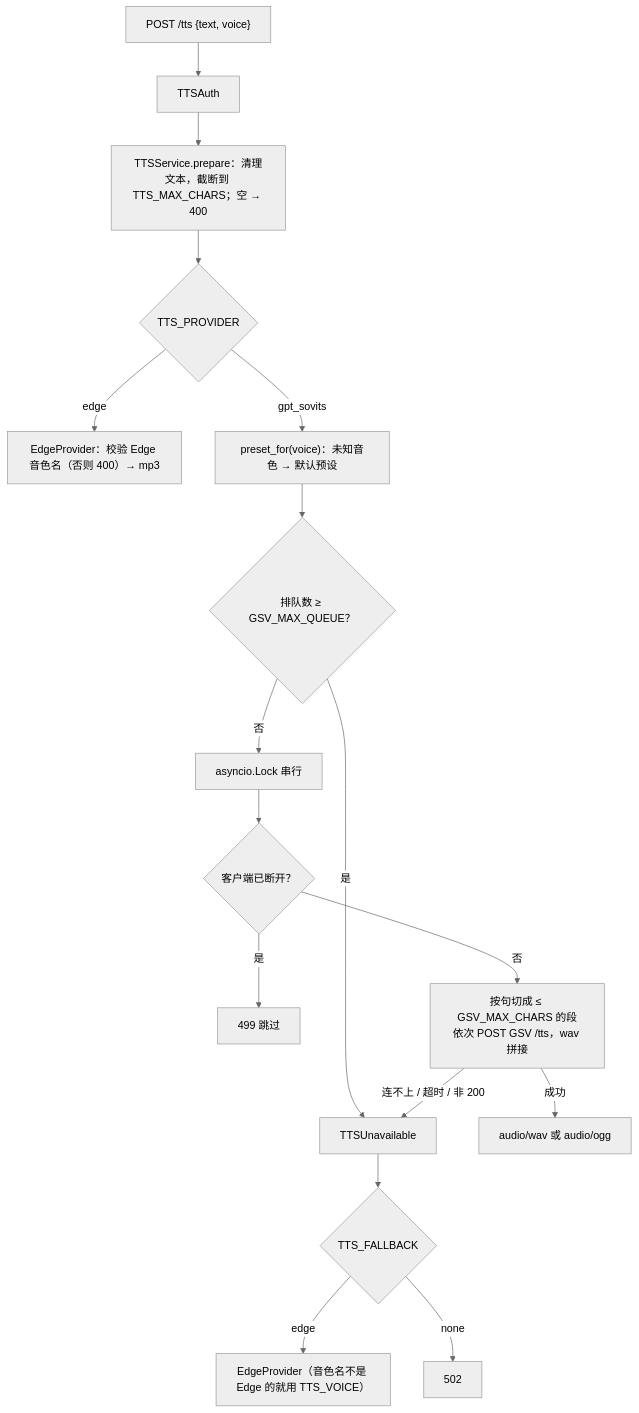
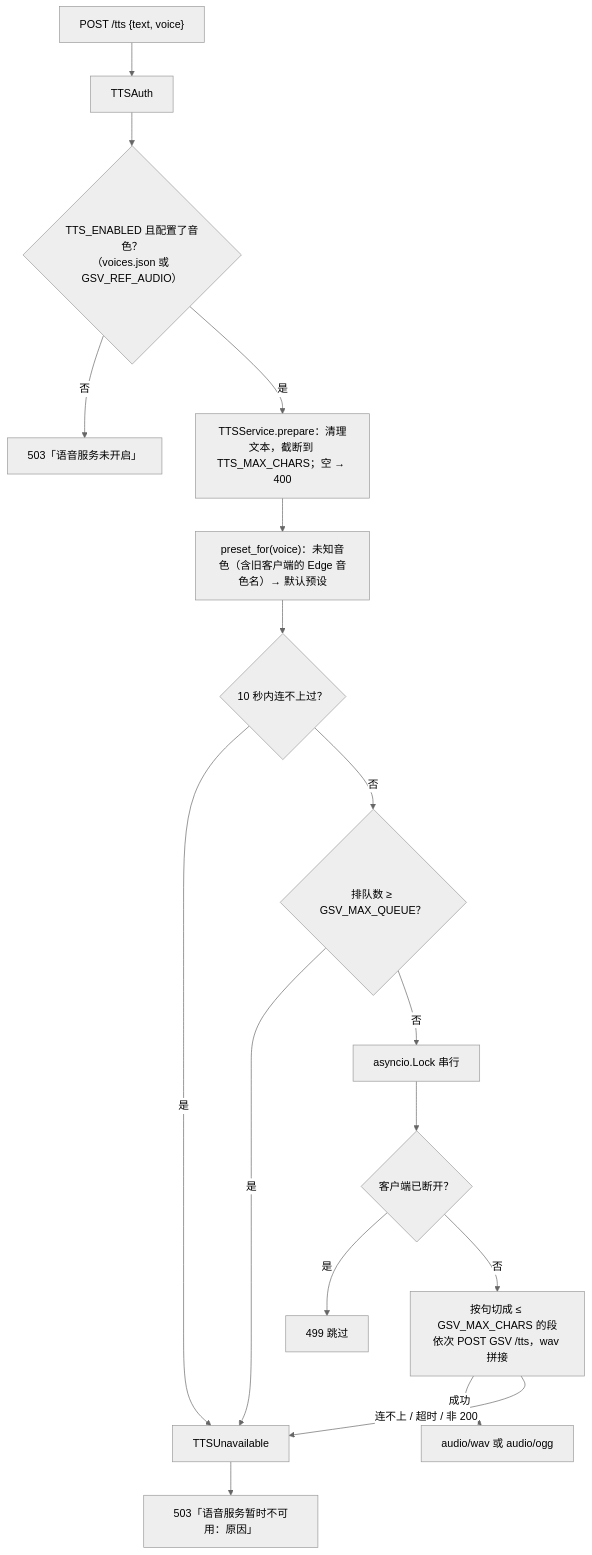
Before and after one commit to Mkerry12/DeepSeek-BoardMate: the sixth of 7 diagrams in doc/架构文档.md, drawn with Mermaid (neutral theme). The commit also changed other lines of this file and 39 other files, not shown here.

First line of the commit message:
feat: 朗读只用 GPT-SoVITS，删除 Edge 语音和系统语音兜底 (#26)

````diff
--- a/doc/架构文档.md
+++ b/doc/架构文档.md
@@ -198,19 +202,19 @@
 ```mermaid
 flowchart TB
     R["POST /tts {text, voice}"] --> A["TTSAuth"]
-    A --> P["TTSService.prepare：清理文本，截断到 TTS_MAX_CHARS；空 → 400"]
-    P --> Q{"TTS_PROVIDER"}
-    Q -- edge --> E["EdgeProvider：校验 Edge 音色名（否则 400）→ mp3"]
-    Q -- gpt_sovits --> V["preset_for(voice)：未知音色 → 默认预设"]
-    V --> L{"排队数 ≥ GSV_MAX_QUEUE？"}
-    L -- 是 --> X["TTSUnavailable"]
+    A --> E{"TTS_ENABLED 且配置了音色？<br/>（voices.json 或 GSV_REF_AUDIO）"}
+    E -- 否 --> N["503「语音服务未开启」"]
+    E -- 是 --> P["TTSService.prepare：清理文本，截断到 TTS_MAX_CHARS；空 → 400"]
+    P --> V["preset_for(voice)：未知音色（含旧客户端的 Edge 音色名）→ 默认预设"]
+    V --> C{"10 秒内连不上过？"}
+    C -- 是 --> X["TTSUnavailable"]
+    C -- 否 --> L{"排队数 ≥ GSV_MAX_QUEUE？"}
+    L -- 是 --> X
     L -- 否 --> K["asyncio.Lock 串行"]
     K --> K1{"客户端已断开？"}
     K1 -- 是 --> K2["499 跳过"]
     K1 -- 否 --> S["按句切成 ≤ GSV_MAX_CHARS 的段<br/>依次 POST GSV /tts，wav 拼接"]
     S -- 成功 --> W["audio/wav 或 audio/ogg"]
     S -- "连不上 / 超时 / 非 200" --> X
-    X --> F{"TTS_FALLBACK"}
-    F -- edge --> E2["EdgeProvider（音色名不是 Edge 的就用 TTS_VOICE）"]
-    F -- none --> F2["502"]
+    X --> F["503「语音服务暂时不可用：原因」"]
 ```
````
